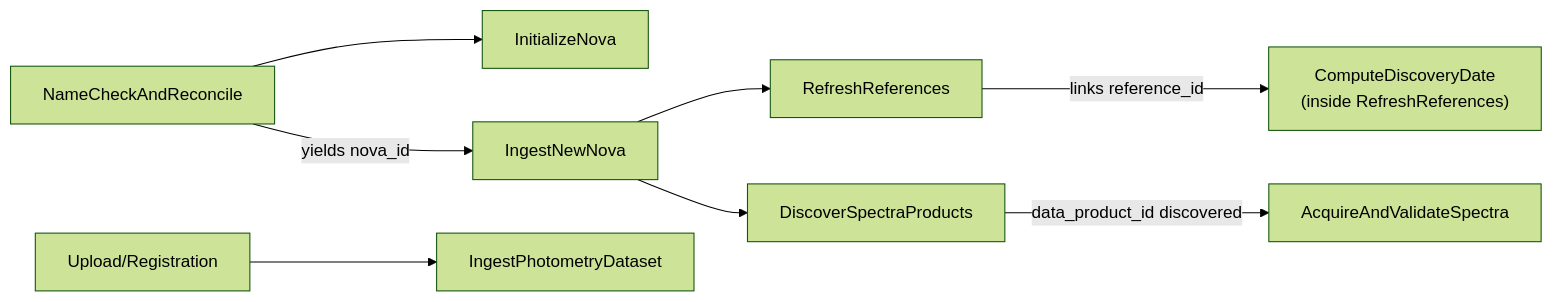
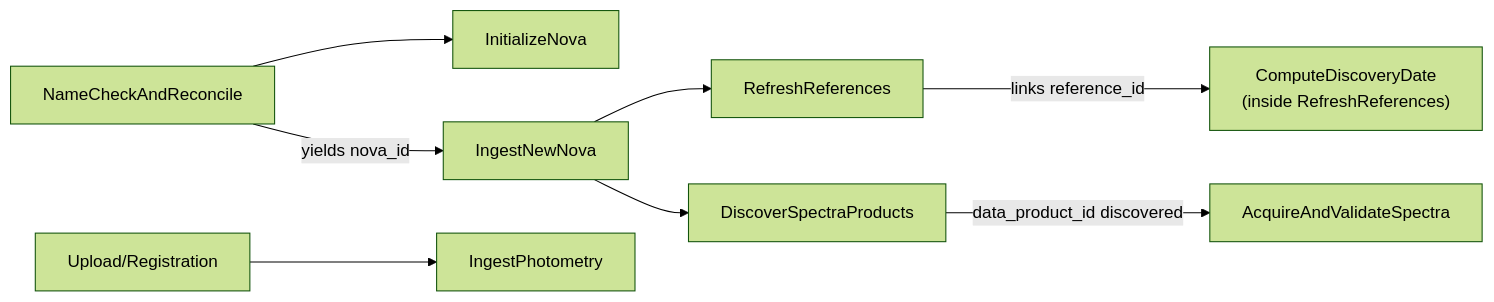
Before and after one commit to finzellt/aws_nova_cat: the diagram in docs/diagrams/execution-view.md, drawn with Mermaid (forest theme). The commit also changed 18 other files, not shown here.

First line of the commit message:
refactor(docs): finalize architectural alignment and establish ADR-004 baseline

````diff
--- a/docs/diagrams/execution-view.md
+++ b/docs/diagrams/execution-view.md
@@ -1,15 +1,15 @@
 ```mermaid
 flowchart LR
   NC[NameCheckAndReconcile] --> IN[InitializeNova]
   NC -->|yields nova_id| NEW[IngestNewNova]
 
   NEW --> RR[RefreshReferences]
   NEW --> DSP[DiscoverSpectraProducts]
 
   RR -->|links reference_id| RR2["ComputeDiscoveryDate</br>(inside RefreshReferences)"]
 
   DSP -->|data_product_id discovered| AAV[AcquireAndValidateSpectra]
 
-  UP[Upload/Registration] --> IPD[IngestPhotometryDataset]
+  UP[Upload/Registration] --> IPD[IngestPhotometry]
 
 ```
````
